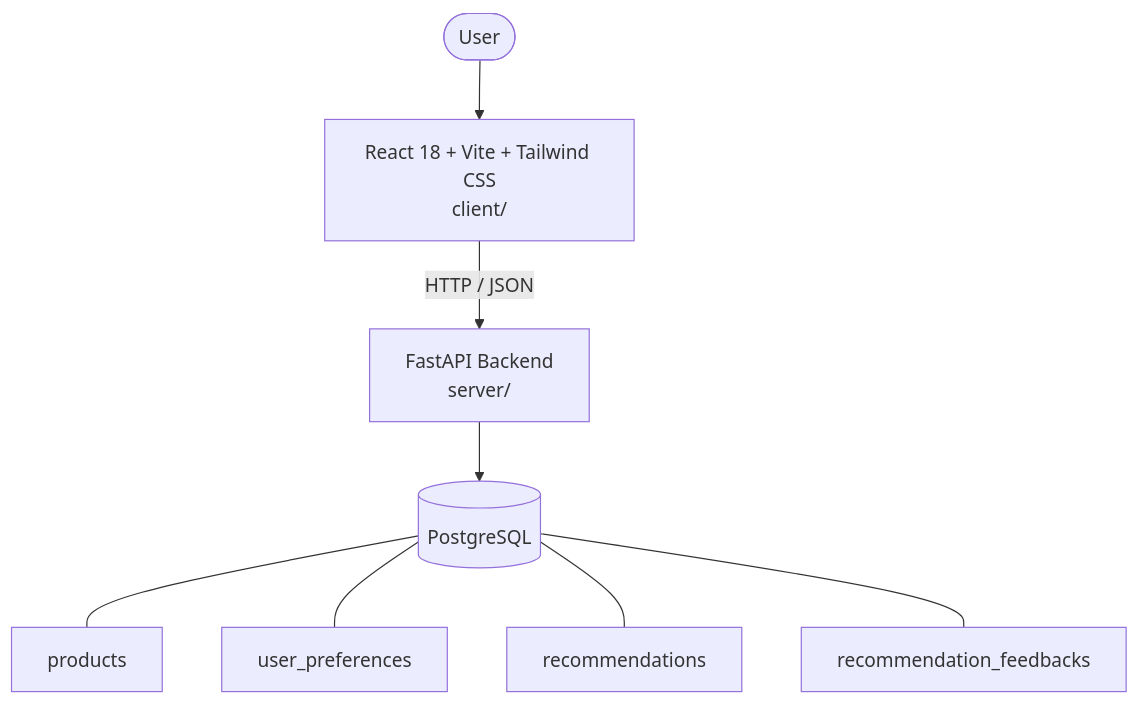
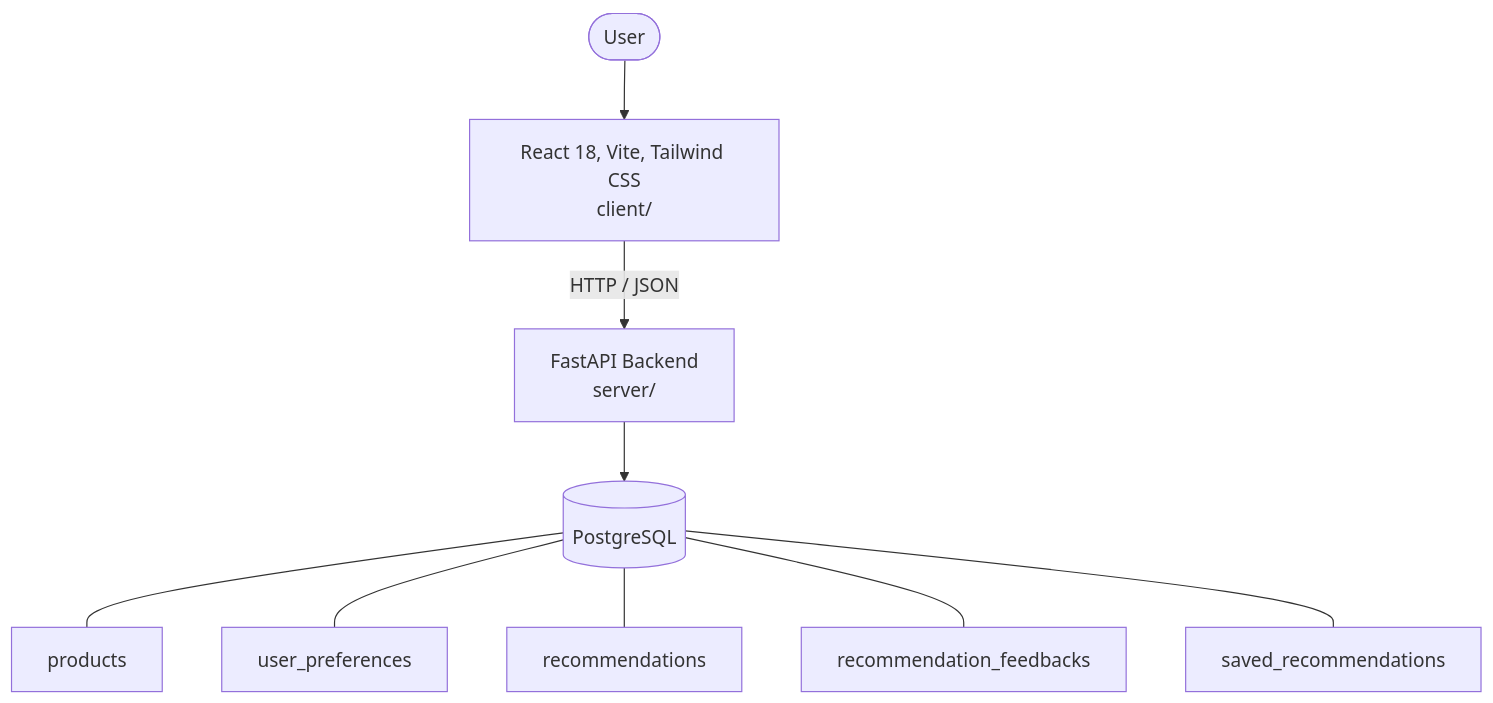
The diagram in architecture.md (p67428378-afk/test2), drawn with Mermaid before and after one commit. The commit also changed other lines of this file and 27 other files, not shown here.

````diff
--- a/architecture.md
+++ b/architecture.md
@@ -6,14 +6,15 @@
 ```mermaid
 graph TD
   User([User])
-  UI["React 18 + Vite + Tailwind CSS<br/>client/"]
+  UI["React 18, Vite, Tailwind CSS<br/>client/"]
   API["FastAPI Backend<br/>server/"]
   DB[("PostgreSQL")]
   User --> UI
   UI -->|HTTP / JSON| API
   API --> DB
   DB --- tbl_products["products"]
   DB --- tbl_user_preferences["user_preferences"]
   DB --- tbl_recommendations["recommendations"]
   DB --- tbl_recommendation_feedbacks["recommendation_feedbacks"]
+  DB --- tbl_saved_recommendations["saved_recommendations"]
 ```
````
